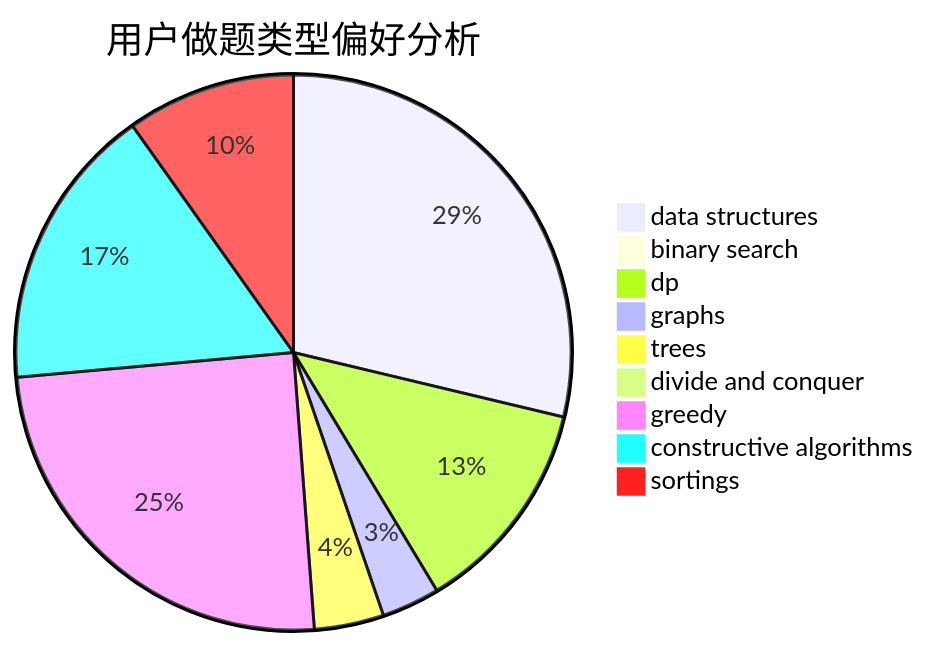
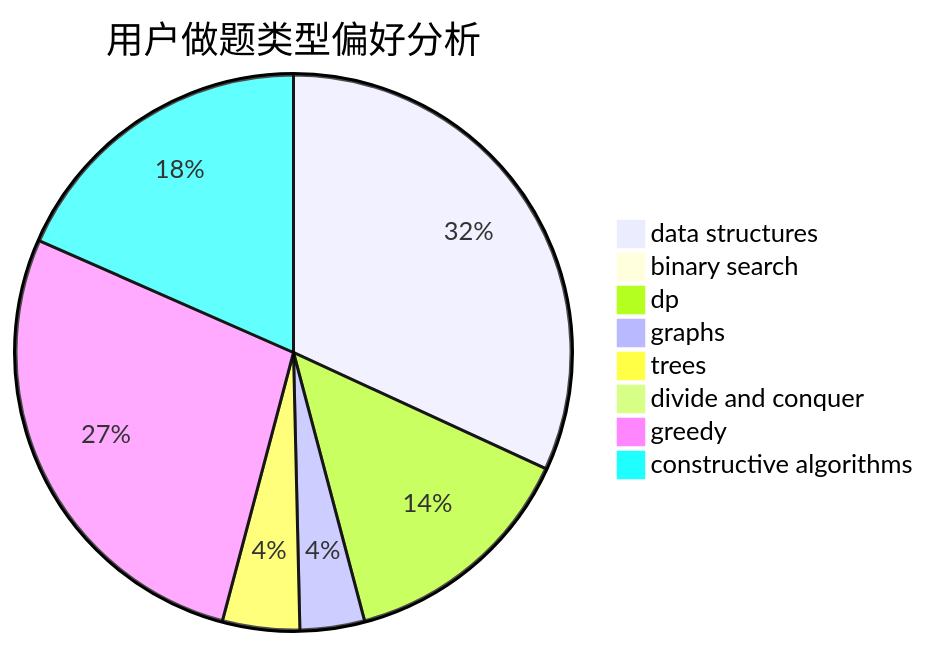
The second of 3 diagrams in docs/user/u1128.md (sherpahu/cfrs.github.io), drawn with Mermaid before and after one commit. The commit also changed other lines of this file and 2769 other files, not shown here.

````diff
--- a/docs/user/u1128.md
+++ b/docs/user/u1128.md
@@ -18,12 +18,11 @@
 ```mermaid
 pie title 用户做题类型偏好分析
     "data structures" :  348
     "binary search" :  3
     "dp" :  153
     "graphs" :  41
     "trees" :  49
     "divide and conquer" :  0
     "greedy" :  300
     "constructive algorithms" :  201
-    "sortings" :  119
 ```
````
